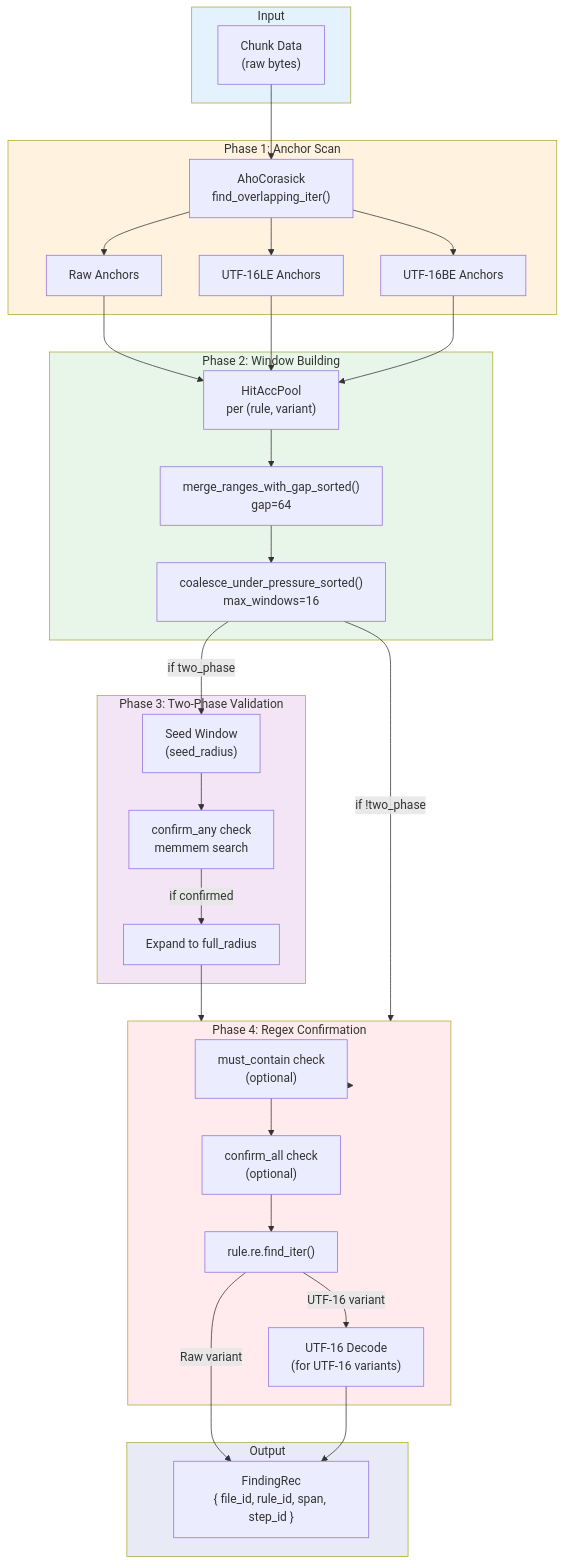
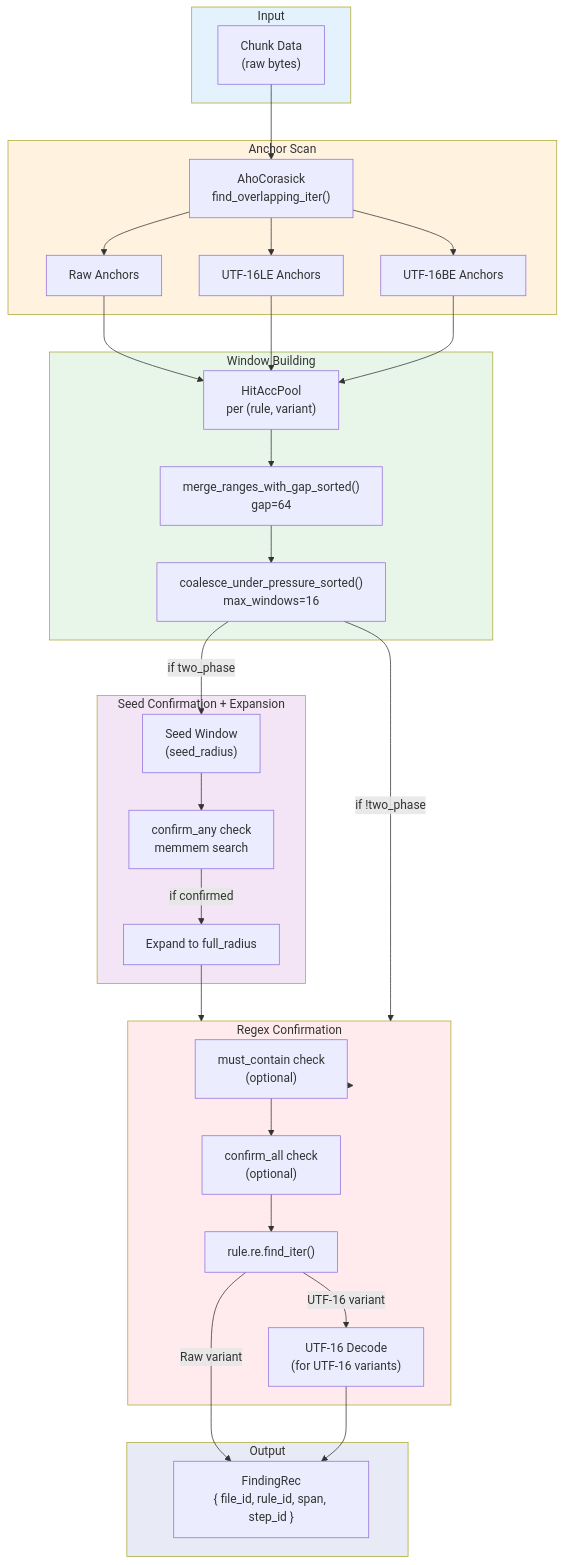
Before and after one commit to ahrav/scratch-scanner-rs: the first of 4 diagrams in docs/detection-engine.md, drawn with Mermaid. The commit also changed other lines of this file and 18 other files, not shown here.

````diff
--- a/docs/detection-engine.md
+++ b/docs/detection-engine.md
@@ -5,70 +5,70 @@
 ```mermaid
 flowchart TB
     subgraph Input["Input"]
         Chunk["Chunk Data<br/>(raw bytes)"]
     end
 
-    subgraph Phase1["Phase 1: Anchor Scan"]
+    subgraph AnchorScan["Anchor Scan"]
         AC["AhoCorasick<br/>find_overlapping_iter()"]
         Raw["Raw Anchors"]
         U16LE["UTF-16LE Anchors"]
         U16BE["UTF-16BE Anchors"]
     end
 
-    subgraph Phase2["Phase 2: Window Building"]
+    subgraph WindowBuild["Window Building"]
         HitAcc["HitAccPool<br/>per (rule, variant)"]
         Merge["merge_ranges_with_gap_sorted()<br/>gap=64"]
         Coalesce["coalesce_under_pressure_sorted()<br/>max_windows=16"]
     end
 
-    subgraph Phase3["Phase 3: Two-Phase Validation"]
+    subgraph SeedConfirm["Seed Confirmation + Expansion"]
         SeedWin["Seed Window<br/>(seed_radius)"]
         Confirm["confirm_any check<br/>memmem search"]
         Expand["Expand to full_radius"]
     end
 
-    subgraph Phase4["Phase 4: Regex Confirmation"]
+    subgraph RegexConfirm["Regex Confirmation"]
         MustContain["must_contain check<br/>(optional)"]
         ConfirmAll["confirm_all check<br/>(optional)"]
         Regex["rule.re.find_iter()"]
         UTF16Dec["UTF-16 Decode<br/>(for UTF-16 variants)"]
     end
 
     subgraph Output["Output"]
         FindingRec["FindingRec<br/>{ file_id, rule_id, span, step_id }"]
     end
 
     Chunk --> AC
     AC --> Raw
     AC --> U16LE
     AC --> U16BE
 
     Raw --> HitAcc
     U16LE --> HitAcc
     U16BE --> HitAcc
 
     HitAcc --> Merge
     Merge --> Coalesce
 
     Coalesce --> |"if two_phase"| SeedWin
     SeedWin --> Confirm
     Confirm --> |"if confirmed"| Expand
-    Expand --> Phase4
+    Expand --> RegexConfirm
 
-    Coalesce --> |"if !two_phase"| Phase4
+    Coalesce --> |"if !two_phase"| RegexConfirm
 
-    Phase4 --> MustContain
+    RegexConfirm --> MustContain
     MustContain --> ConfirmAll
     ConfirmAll --> Regex
     Regex --> |"Raw variant"| FindingRec
 
     Regex --> |"UTF-16 variant"| UTF16Dec
     UTF16Dec --> FindingRec
 
     style Input fill:#e3f2fd
-    style Phase1 fill:#fff3e0
-    style Phase2 fill:#e8f5e9
-    style Phase3 fill:#f3e5f5
-    style Phase4 fill:#ffebee
+    style AnchorScan fill:#fff3e0
+    style WindowBuild fill:#e8f5e9
+    style SeedConfirm fill:#f3e5f5
+    style RegexConfirm fill:#ffebee
     style Output fill:#e8eaf6
 ```
````
